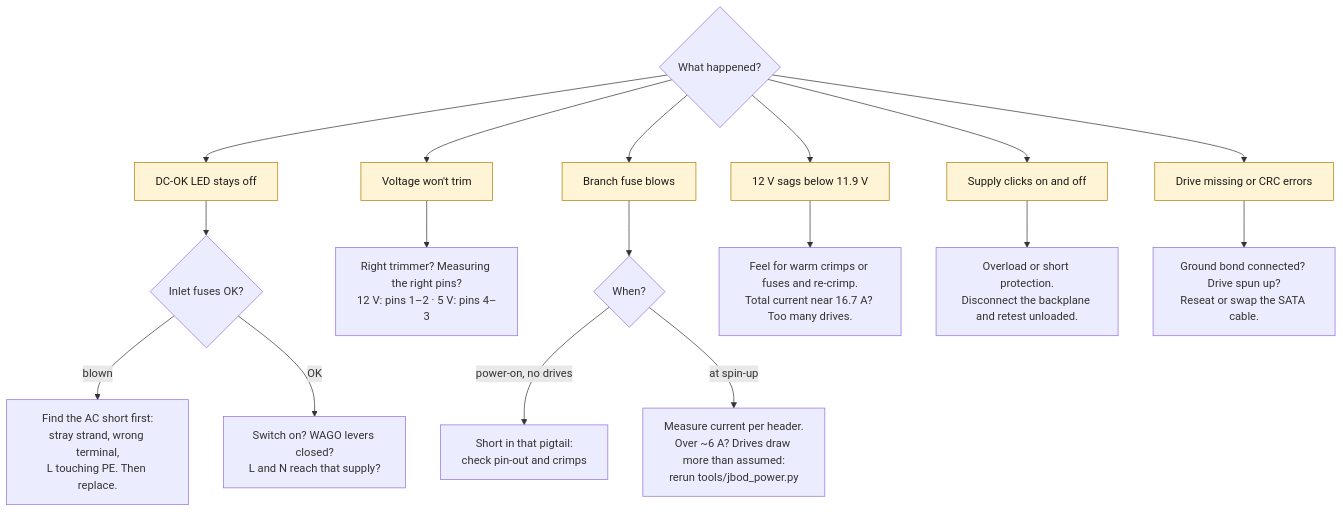
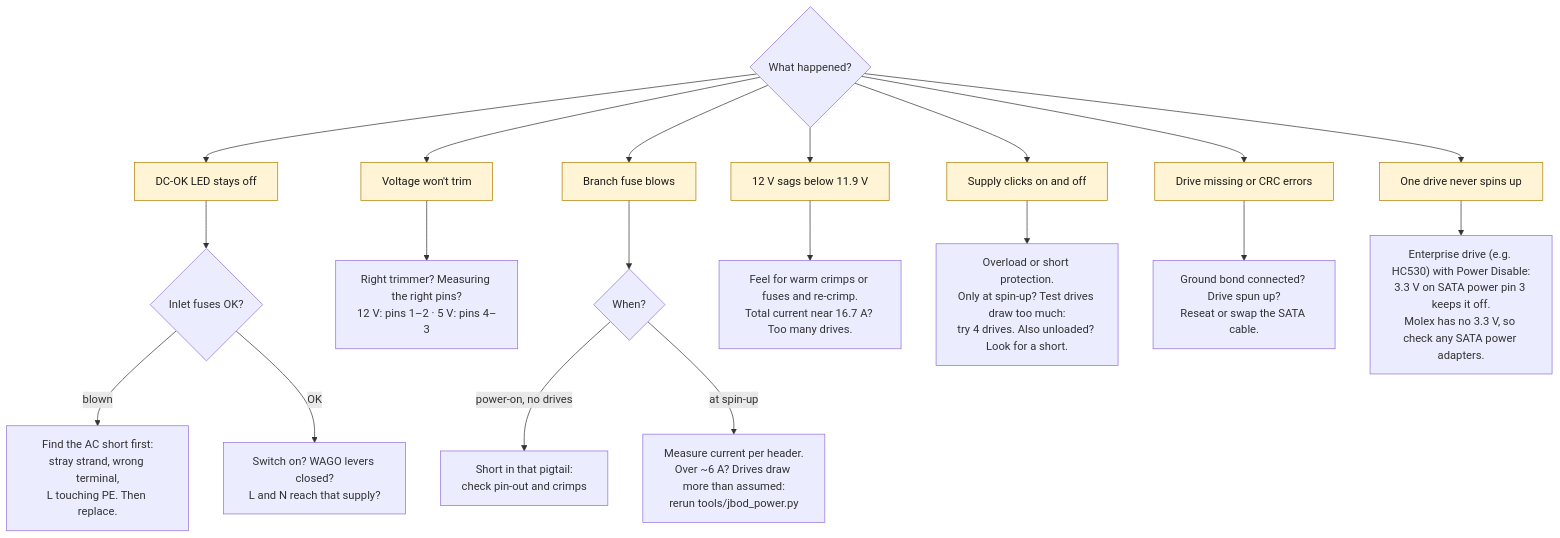
Before and after one commit to Lukas0923xcv/JBOD: the second of 2 diagrams in docs/05-commissioning-checklist.md, drawn with Mermaid. The commit also changed other lines of this file and 5 other files, not shown here.

First line of the commit message:
Record the HC530 production drive and test-drive spin-up risk

````diff
--- a/docs/05-commissioning-checklist.md
+++ b/docs/05-commissioning-checklist.md
@@ -93,29 +102,32 @@
 ```mermaid
 flowchart TD
     Q{"What happened?"}
 
     Q --> L["DC-OK LED stays off"]
     L --> L1{"Inlet fuses OK?"}
     L1 -- "blown" --> L2["Find the AC short first:<br>stray strand, wrong terminal,<br>L touching PE. Then replace."]
     L1 -- "OK" --> L3["Switch on? WAGO levers closed?<br>L and N reach that supply?"]
 
     Q --> V["Voltage won't trim"]
     V --> V1["Right trimmer? Measuring the right pins?<br>12 V: pins 1–2 · 5 V: pins 4–3"]
 
     Q --> F["Branch fuse blows"]
     F --> F1{"When?"}
     F1 -- "power-on, no drives" --> F2["Short in that pigtail:<br>check pin-out and crimps"]
     F1 -- "at spin-up" --> F3["Measure current per header.<br>Over ~6 A? Drives draw more than assumed:<br>rerun tools/jbod_power.py"]
 
     Q --> S["12 V sags below 11.9 V"]
     S --> S1["Feel for warm crimps or fuses and re-crimp.<br>Total current near 16.7 A? Too many drives."]
 
     Q --> H["Supply clicks on and off"]
-    H --> H1["Overload or short protection.<br>Disconnect the backplane and retest unloaded."]
+    H --> H1["Overload or short protection.<br>Only at spin-up? Test drives draw too much:<br>try 4 drives. Also unloaded? Look for a short."]
 
     Q --> D["Drive missing or CRC errors"]
     D --> D1["Ground bond connected? Drive spun up?<br>Reseat or swap the SATA cable."]
 
+    Q --> N["One drive never spins up"]
+    N --> N1["Enterprise drive (e.g. HC530) with Power Disable:<br>3.3 V on SATA power pin 3 keeps it off.<br>Molex has no 3.3 V, so check any SATA power adapters."]
+
     classDef sym fill:#fff4d6,stroke:#b07d00,color:#1b1b1a
-    class L,V,F,S,H,D sym
+    class L,V,F,S,H,D,N sym
 ```
````
